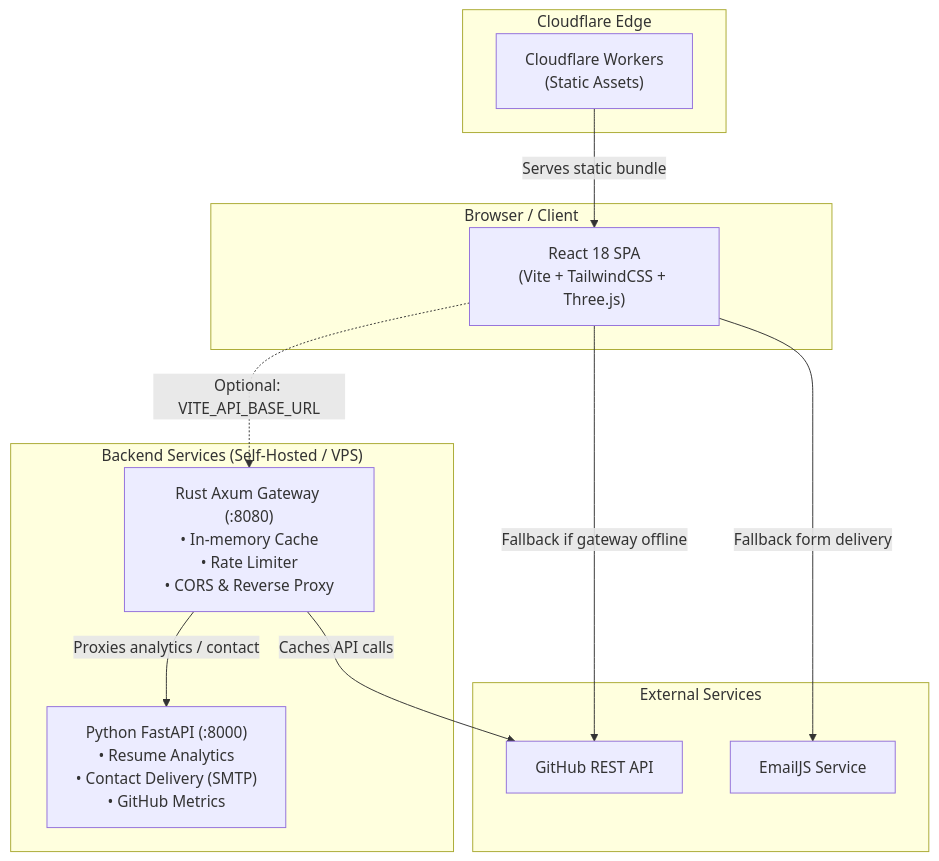
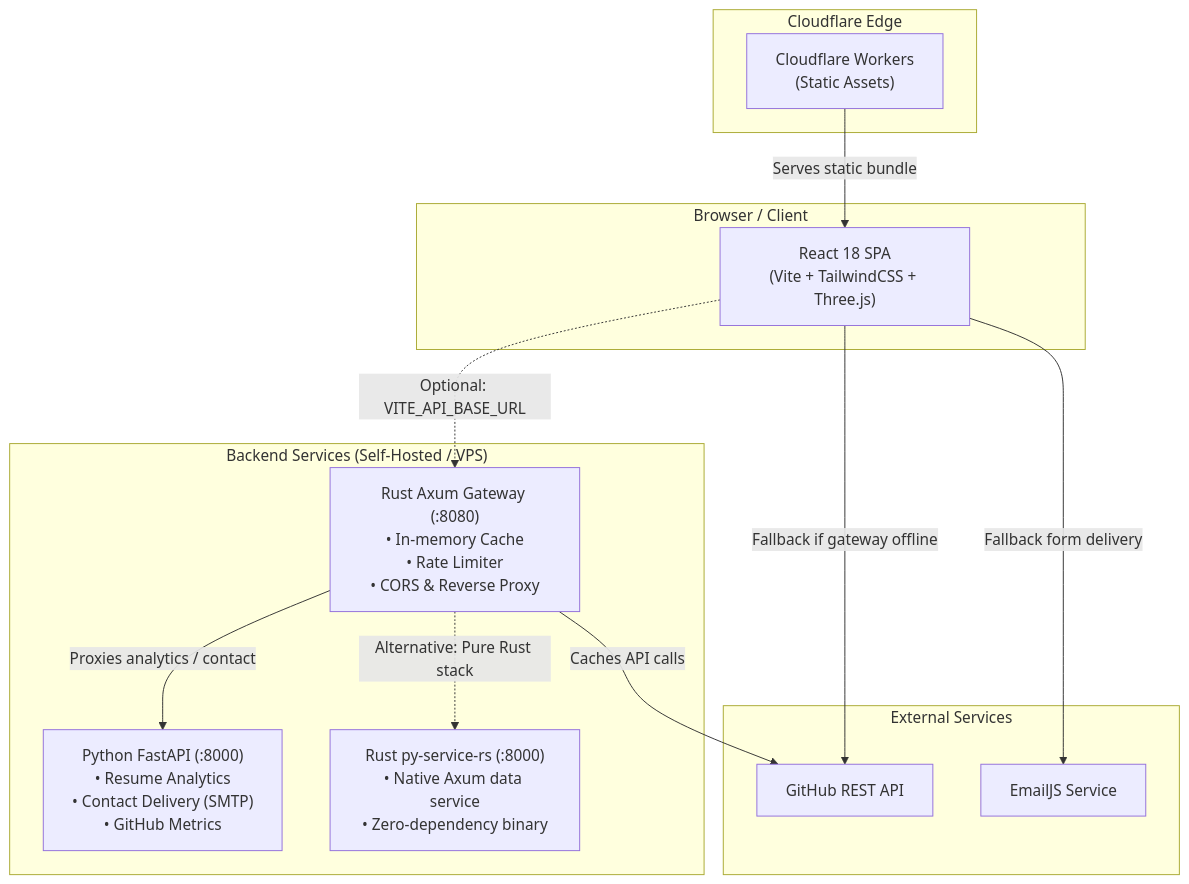
Before and after one commit to WARRIORXR/portfolio: the diagram in README.md, drawn with Mermaid. The commit also changed other lines of this file and 4 other files, not shown here.

Commit message:
docs & feat: align README and About section with Data Analyst profile and py-service-rs

````diff
--- a/README.md
+++ b/README.md
@@ -50,27 +51,29 @@
 ```mermaid
 flowchart TD
     subgraph Edge ["Cloudflare Edge"]
         CF["Cloudflare Workers\n(Static Assets)"]
     end
 
     subgraph Client ["Browser / Client"]
         Browser["React 18 SPA\n(Vite + TailwindCSS + Three.js)"]
     end
 
     subgraph OptionalBackend ["Backend Services (Self-Hosted / VPS)"]
-        Rust["Rust Axum Gateway (:8080)\n• In-memory Cache\n• Rate Limiter\n• CORS & Reverse Proxy"]
-        Python["Python FastAPI (:8000)\n• Resume Analytics\n• Contact Delivery (SMTP)\n• GitHub Metrics"]
+        RustGateway["Rust Axum Gateway (:8080)\n• In-memory Cache\n• Rate Limiter\n• CORS & Reverse Proxy"]
+        PythonService["Python FastAPI (:8000)\n• Resume Analytics\n• Contact Delivery (SMTP)\n• GitHub Metrics"]
+        RustService["Rust py-service-rs (:8000)\n• Native Axum data service\n• Zero-dependency binary"]
     end
 
     subgraph External ["External Services"]
         GitHub["GitHub REST API"]
         EmailJS["EmailJS Service"]
     end
 
     CF -->|"Serves static bundle"| Browser
-    Browser -.->|"Optional: VITE_API_BASE_URL"| Rust
-    Rust -->|"Proxies analytics / contact"| Python
-    Rust -->|"Caches API calls"| GitHub
+    Browser -.->|"Optional: VITE_API_BASE_URL"| RustGateway
+    RustGateway -->|"Proxies analytics / contact"| PythonService
+    RustGateway -.->|"Alternative: Pure Rust stack"| RustService
+    RustGateway -->|"Caches API calls"| GitHub
     Browser -->|"Fallback if gateway offline"| GitHub
     Browser -->|"Fallback form delivery"| EmailJS
 ```
````
